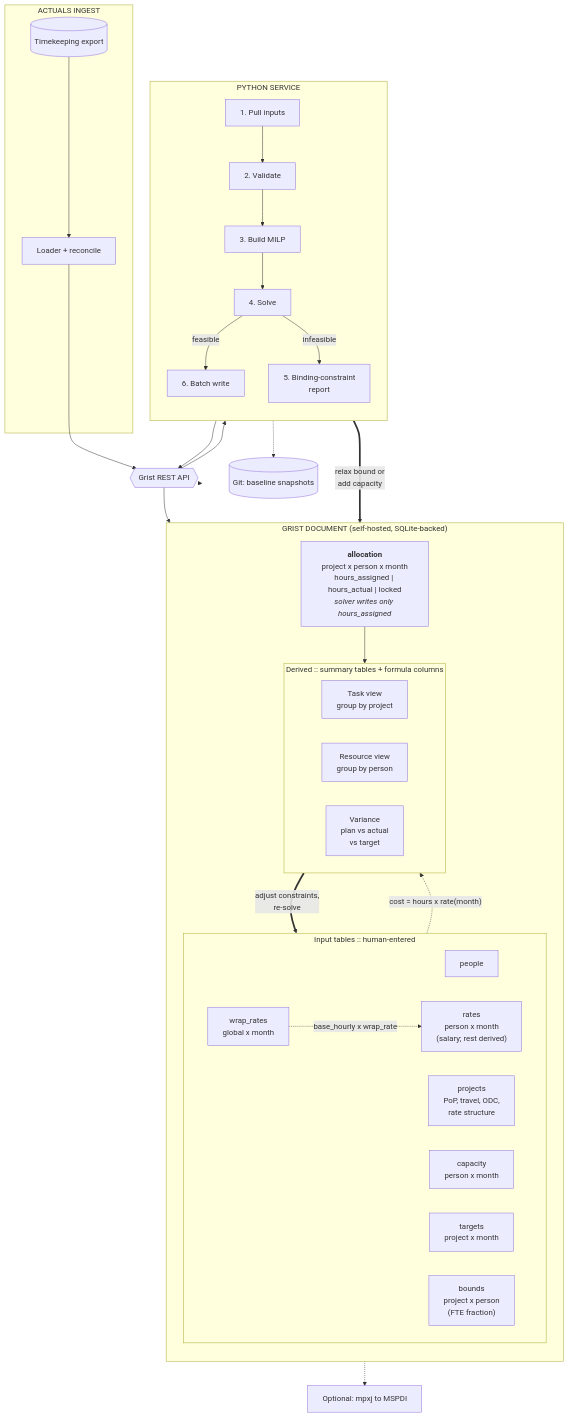
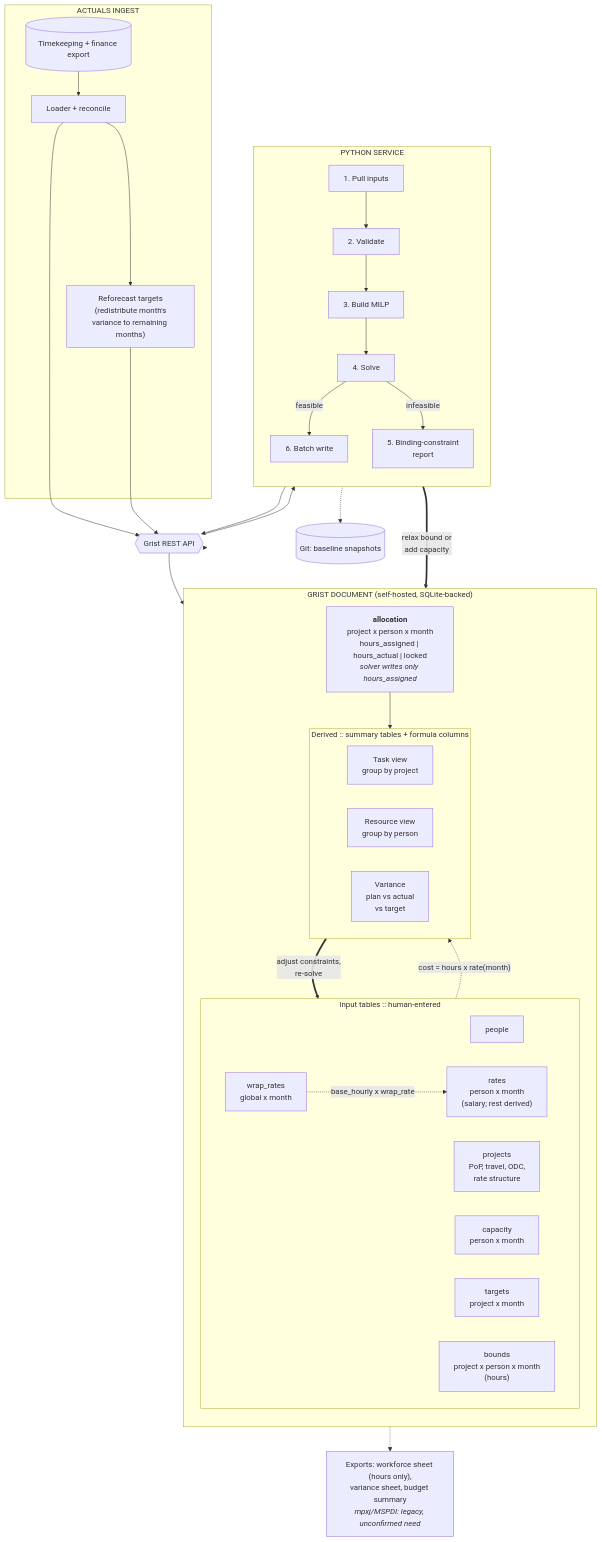
One commit to hatandspecs/general_assignment_solver changed the first of 2 diagrams in docs/02-architecture.md. Above: the diagram before and after it, drawn with Mermaid. The commit also changed other lines of this file and 9 other files, not shown here.

````diff
--- a/docs/02-architecture.md
+++ b/docs/02-architecture.md
@@ -5,64 +5,66 @@
 ```mermaid
 flowchart TB
 
     subgraph GRIST["GRIST DOCUMENT (self-hosted, SQLite-backed)"]
         direction TB
 
         subgraph INPUTS["Input tables :: human-entered"]
             direction LR
             PPL["people"]
             PRJ["projects<br/>PoP, travel, ODC,<br/>rate structure"]
             RAT["rates<br/>person x month<br/>(salary; rest derived)"]
             WRP["wrap_rates<br/>global x month"]
             CAP["capacity<br/>person x month"]
             TGT["targets<br/>project x month"]
-            BND["bounds<br/>project x person<br/>(FTE fraction)"]
+            BND["bounds<br/>project x person x month<br/>(hours)"]
         end
 
         ALLOC["<b>allocation</b><br/>project x person x month<br/>hours_assigned | hours_actual | locked<br/><i>solver writes only hours_assigned</i>"]
 
         subgraph VIEWS["Derived :: summary tables + formula columns"]
             direction LR
             TV["Task view<br/>group by project"]
             RV["Resource view<br/>group by person"]
             VAR["Variance<br/>plan vs actual<br/>vs target"]
         end
     end
 
     API{{"Grist REST API"}}
 
     subgraph PY["PYTHON SERVICE"]
         direction TB
         PULL["1. Pull inputs"]
         VALID["2. Validate"]
         BUILD["3. Build MILP"]
         SOLVE["4. Solve"]
         DIAG["5. Binding-constraint<br/>report"]
         PUSH["6. Batch write"]
     end
 
     subgraph ING["ACTUALS INGEST"]
-        TK[("Timekeeping export")]
+        TK[("Timekeeping + finance export")]
         LOAD["Loader + reconcile"]
+        REFORE["Reforecast targets<br/>(redistribute month's<br/>variance to remaining months)"]
     end
 
-    EXPORT["Optional: mpxj to MSPDI"]
+    EXPORT["Exports: workforce sheet (hours only),<br/>variance sheet, budget summary<br/><i>mpxj/MSPDI: legacy, unconfirmed need</i>"]
     GIT[("Git: baseline snapshots")]
 
     INPUTS --> API --> PULL
     PULL --> VALID --> BUILD --> SOLVE
     SOLVE -->|feasible| PUSH
     SOLVE -->|infeasible| DIAG
     PUSH --> API --> ALLOC
     TK --> LOAD --> API
+    LOAD --> REFORE --> API
 
     ALLOC --> VIEWS
     RAT -.->|"cost = hours x rate(month)"| VIEWS
     WRP -.->|"base_hourly x wrap_rate"| RAT
 
     VIEWS ==>|"adjust constraints,<br/>re-solve"| BND
     DIAG ==>|"relax bound or<br/>add capacity"| BND
 
     PUSH -.-> GIT
     ALLOC -.-> EXPORT
 ```
````
